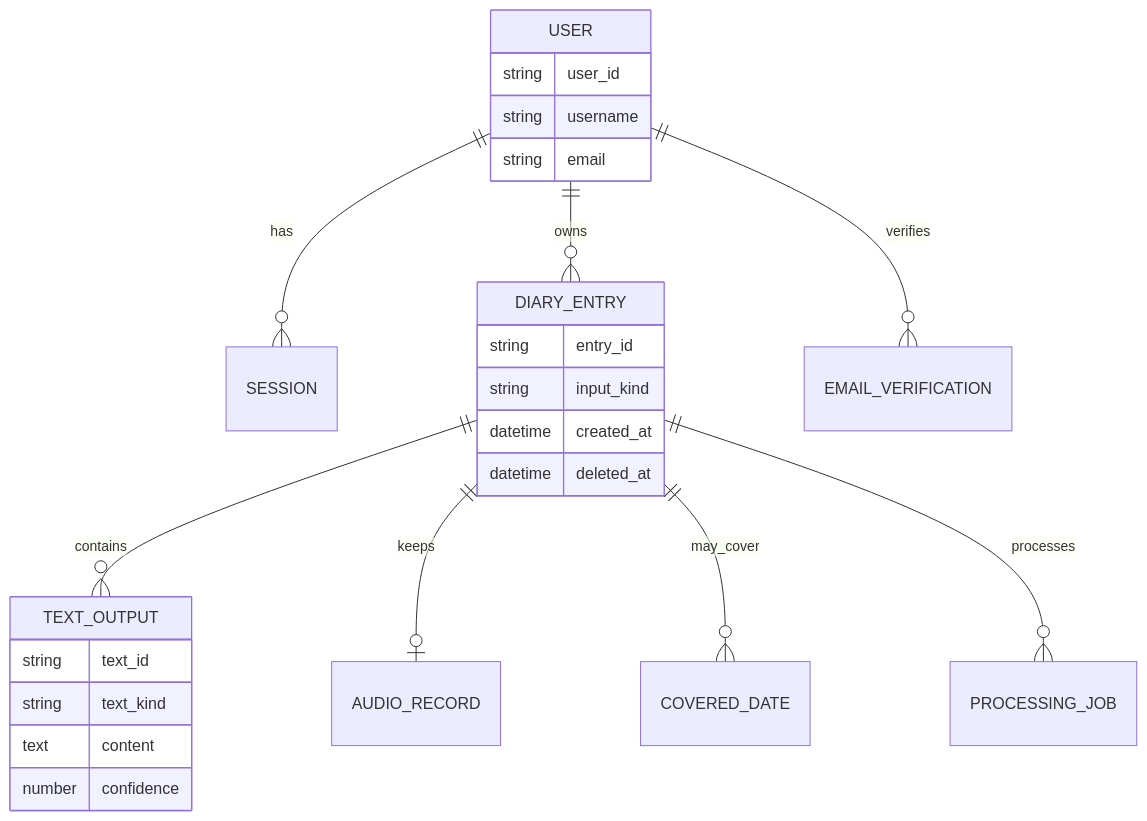
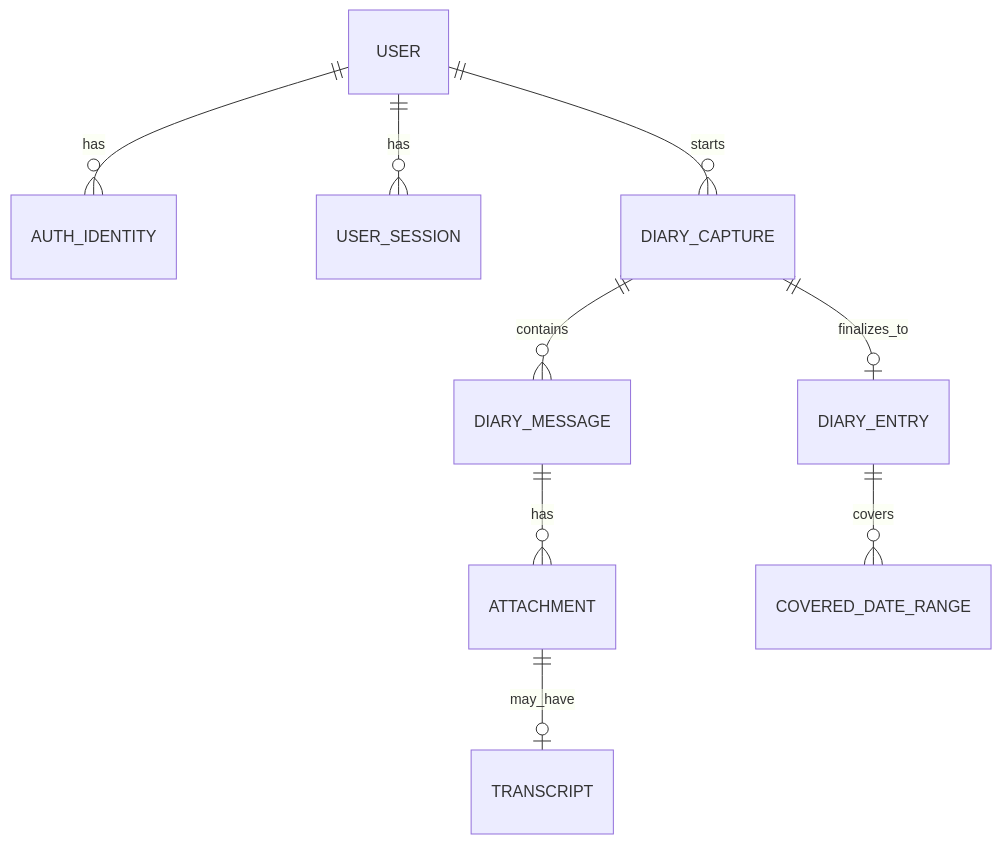
Before and after one commit to adityavarmachandika/aham-docs: the diagram in canvas/database/overview.md, drawn with Mermaid. The commit also changed other lines of this file and 11 other files, not shown here.

Commit message:
docs: formalize AHAM Phase 1 product and architecture

````diff
--- a/canvas/database/overview.md
+++ b/canvas/database/overview.md
@@ -33,30 +9,11 @@
 ```mermaid
 erDiagram
-    USER ||--o{ SESSION : has
-    USER ||--o{ DIARY_ENTRY : owns
-    USER ||--o{ EMAIL_VERIFICATION : verifies
-    DIARY_ENTRY ||--o{ TEXT_OUTPUT : contains
-    DIARY_ENTRY ||--o| AUDIO_RECORD : keeps
-    DIARY_ENTRY ||--o{ COVERED_DATE : may_cover
-    DIARY_ENTRY ||--o{ PROCESSING_JOB : processes
-
-    USER {
-      string user_id
-      string username
-      string email
-    }
-
-    DIARY_ENTRY {
-      string entry_id
-      string input_kind
-      datetime created_at
-      datetime deleted_at
-    }
-
-    TEXT_OUTPUT {
-      string text_id
-      string text_kind
-      text content
-      number confidence
-    }
+    USER ||--o{ AUTH_IDENTITY : has
+    USER ||--o{ USER_SESSION : has
+    USER ||--o{ DIARY_CAPTURE : starts
+    DIARY_CAPTURE ||--o{ DIARY_MESSAGE : contains
+    DIARY_MESSAGE ||--o{ ATTACHMENT : has
+    ATTACHMENT ||--o| TRANSCRIPT : may_have
+    DIARY_CAPTURE ||--o| DIARY_ENTRY : finalizes_to
+    DIARY_ENTRY ||--o{ COVERED_DATE_RANGE : covers
 ```
````
